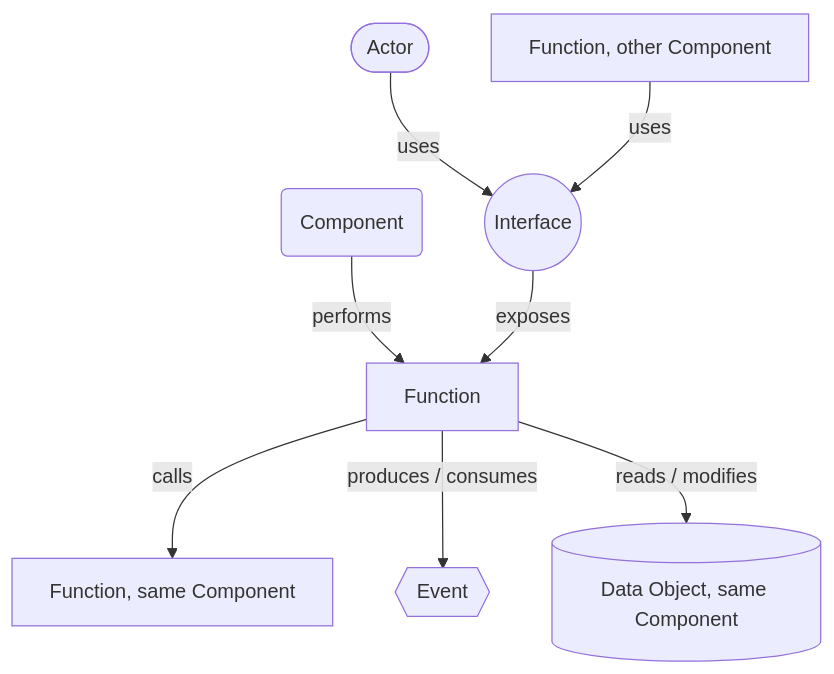
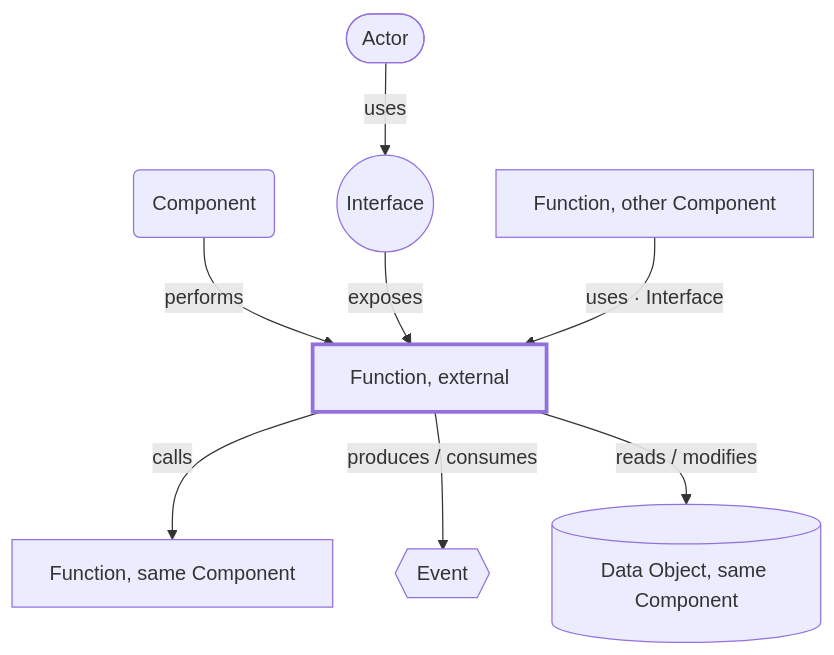
Before and after one commit to mykhailo-kulish/contour: the second of 7 diagrams in contour.md, drawn with Mermaid. The commit also changed other lines of this file and 20 other files, not shown here.

````diff
--- a/contour.md
+++ b/contour.md
@@ -273,10 +313,11 @@
 ```mermaid
 graph TD
-    Sys(Component) -->|performs| F[Function]
-    A([Actor]) -->|uses| I((Interface))
-    F2[Function, other Component] -->|uses| I
-    I -->|exposes| F
+    Sys(Component) -->|performs| F[Function, external]:::ext
+    I((Interface)) -->|exposes| F
+    A([Actor]) -->|uses| I
+    F2[Function, other Component] -->|uses · Interface| F
     F -->|calls| F3[Function, same Component]
     F -->|produces / consumes| E{{Event}}
     F -->|reads / modifies| D[(Data Object, same Component)]
+    classDef ext stroke-width:3px
 ```
````
